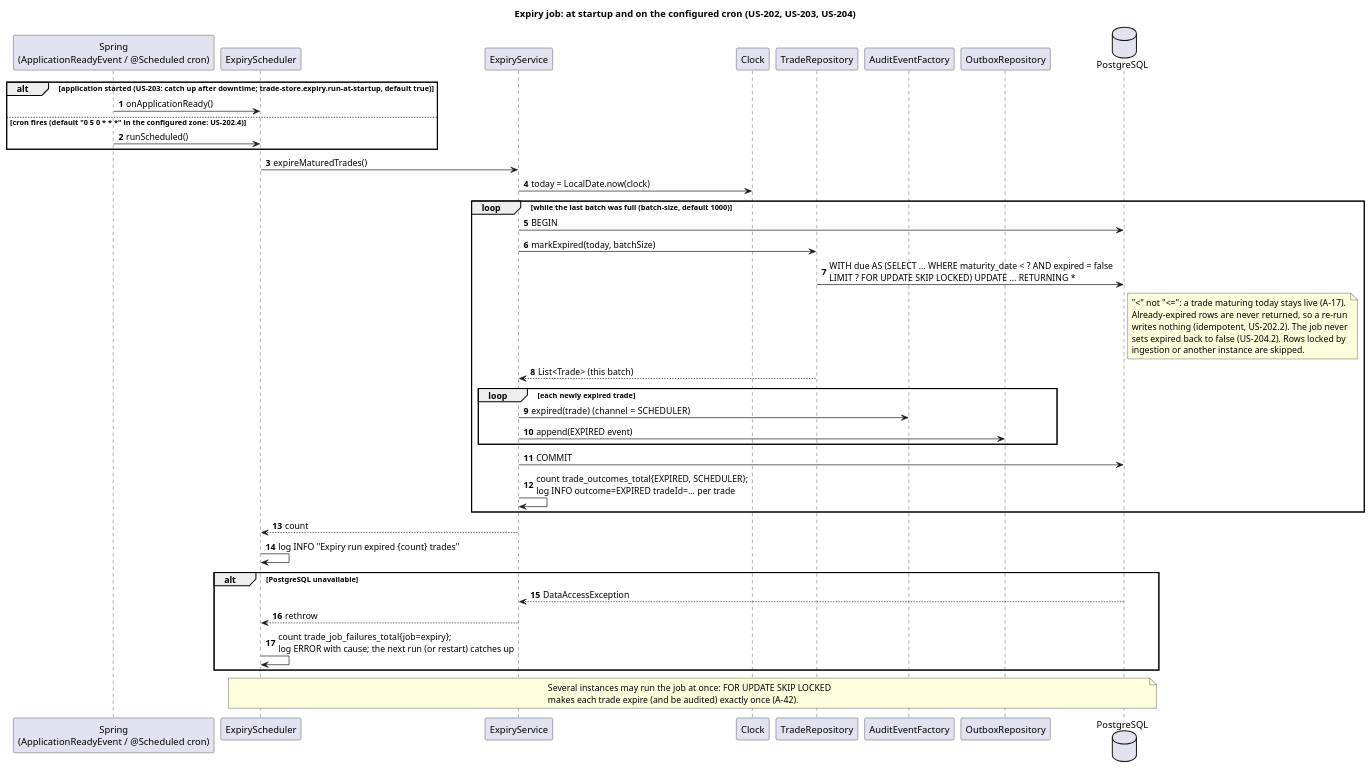
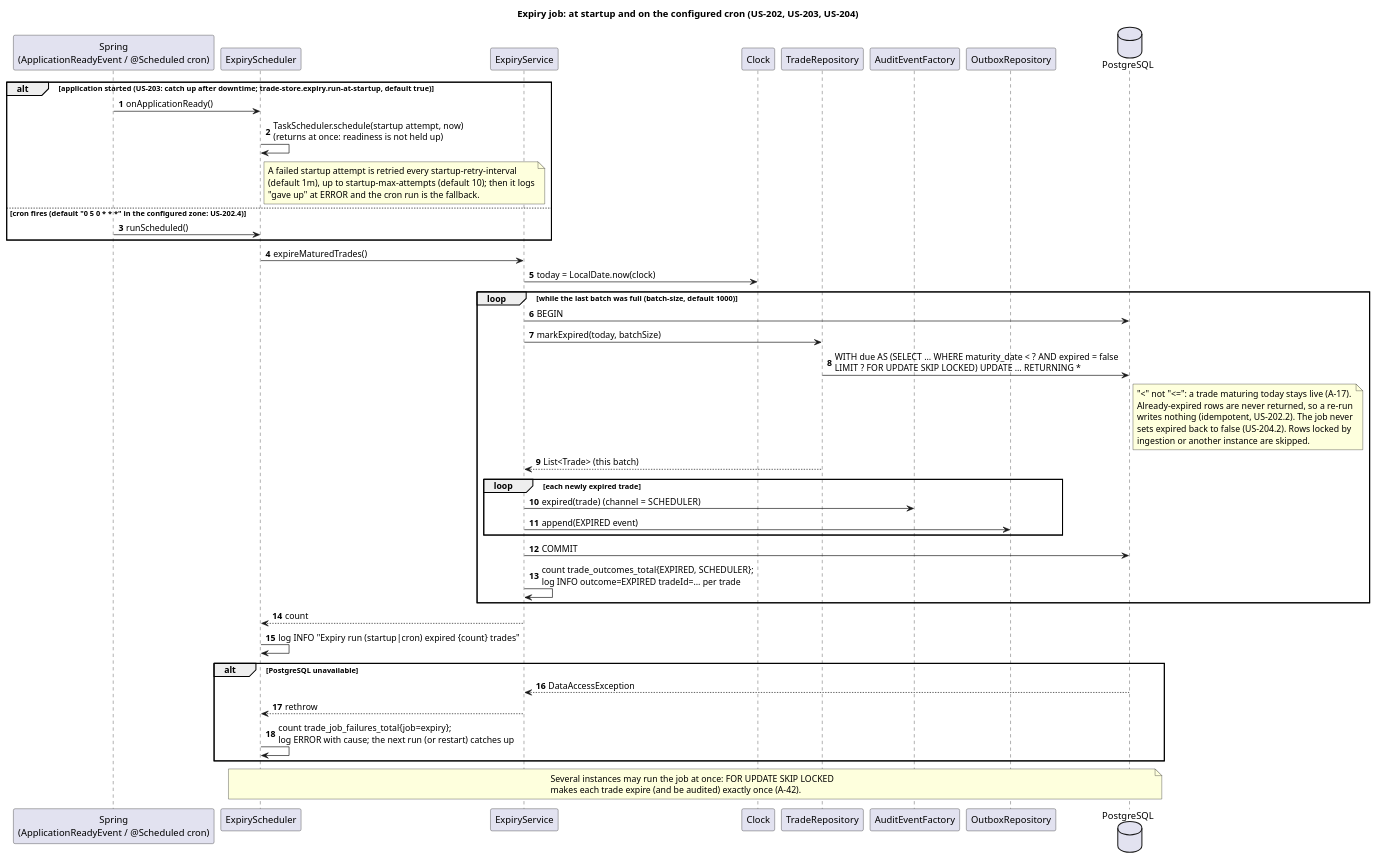
Before and after one commit to kuldipkumar/Trade-store: the diagram in docs/diagrams/05-seq-expiry.puml, drawn with PlantUML. The commit also changed 6 other files, not shown here.

```diff
--- a/docs/diagrams/05-seq-expiry.puml
+++ b/docs/diagrams/05-seq-expiry.puml
@@ -1,54 +1,60 @@
 @startuml 05-seq-expiry
 title Expiry job: at startup and on the configured cron (US-202, US-203, US-204)
 
 autonumber
 participant "Spring\n(ApplicationReadyEvent / @Scheduled cron)" as Spring
 participant ExpiryScheduler
 participant ExpiryService
 participant Clock
 participant TradeRepository
 participant AuditEventFactory
 participant OutboxRepository
 database PostgreSQL
 
 alt application started (US-203: catch up after downtime; trade-store.expiry.run-at-startup, default true)
   Spring -> ExpiryScheduler : onApplicationReady()
+  ExpiryScheduler -> ExpiryScheduler : TaskScheduler.schedule(startup attempt, now)\n(returns at once: readiness is not held up)
+  note right of ExpiryScheduler
+    A failed startup attempt is retried every startup-retry-interval
+    (default 1m), up to startup-max-attempts (default 10); then it logs
+    "gave up" at ERROR and the cron run is the fallback.
+  end note
 else cron fires (default "0 5 0 * * *" in the configured zone: US-202.4)
   Spring -> ExpiryScheduler : runScheduled()
 end
 ExpiryScheduler -> ExpiryService : expireMaturedTrades()
 ExpiryService -> Clock : today = LocalDate.now(clock)
 loop while the last batch was full (batch-size, default 1000)
   ExpiryService -> PostgreSQL : BEGIN
   ExpiryService -> TradeRepository : markExpired(today, batchSize)
   TradeRepository -> PostgreSQL : WITH due AS (SELECT … WHERE maturity_date < ? AND expired = false\nLIMIT ? FOR UPDATE SKIP LOCKED) UPDATE … RETURNING *
   note right of PostgreSQL
     "<" not "<=": a trade maturing today stays live (A-17).
     Already-expired rows are never returned, so a re-run
     writes nothing (idempotent, US-202.2). The job never
     sets expired back to false (US-204.2). Rows locked by
     ingestion or another instance are skipped.
   end note
   TradeRepository --> ExpiryService : List<Trade> (this batch)
   loop each newly expired trade
     ExpiryService -> AuditEventFactory : expired(trade)  (channel = SCHEDULER)
     ExpiryService -> OutboxRepository : append(EXPIRED event)
   end
   ExpiryService -> PostgreSQL : COMMIT
   ExpiryService -> ExpiryService : count trade_outcomes_total{EXPIRED, SCHEDULER};\nlog INFO outcome=EXPIRED tradeId=… per trade
 end
 ExpiryService --> ExpiryScheduler : count
-ExpiryScheduler -> ExpiryScheduler : log INFO "Expiry run expired {count} trades"
+ExpiryScheduler -> ExpiryScheduler : log INFO "Expiry run (startup|cron) expired {count} trades"
 
 alt PostgreSQL unavailable
   PostgreSQL --> ExpiryService : DataAccessException
   ExpiryService --> ExpiryScheduler : rethrow
   ExpiryScheduler -> ExpiryScheduler : count trade_job_failures_total{job=expiry};\nlog ERROR with cause; the next run (or restart) catches up
 end
 
 note over ExpiryScheduler, PostgreSQL
   Several instances may run the job at once: FOR UPDATE SKIP LOCKED
   makes each trade expire (and be audited) exactly once (A-42).
 end note
 
 @enduml
```
